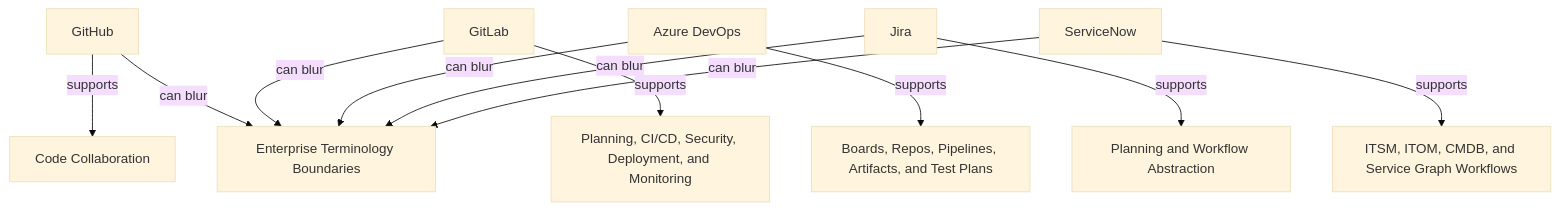
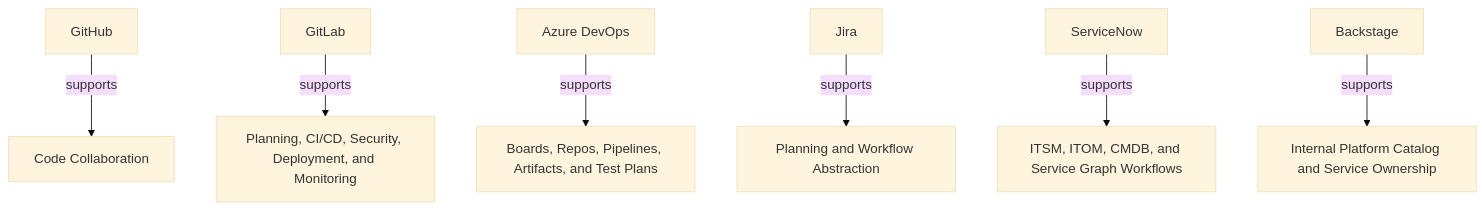
One commit to Luckden/Toolerp changed the diagram in research/10-vendors/vendor-ecosystem.md. Above: the diagram before and after it, drawn with Mermaid (base theme). The commit also changed other lines of this file and 15 other files, not shown here.

````diff
--- a/research/10-vendors/vendor-ecosystem.md
+++ b/research/10-vendors/vendor-ecosystem.md
@@ -70,25 +78,22 @@
 ```mermaid
 flowchart TD
 	github[GitHub]
 	gitlab[GitLab]
 	azure_devops[Azure DevOps]
 	jira[Jira]
 	servicenow[ServiceNow]
+	backstage[Backstage]
 	code_collaboration[Code Collaboration]
 	delivery_surface[Planning, CI/CD, Security, Deployment, and Monitoring]
 	lifecycle_tooling[Boards, Repos, Pipelines, Artifacts, and Test Plans]
 	planning_workflow[Planning and Workflow Abstraction]
 	service_graph_workflows[ITSM, ITOM, CMDB, and Service Graph Workflows]
-	enterprise_terminology[Enterprise Terminology Boundaries]
+	platform_catalog[Internal Platform Catalog and Service Ownership]
 
 	github -->|supports| code_collaboration
 	gitlab -->|supports| delivery_surface
 	azure_devops -->|supports| lifecycle_tooling
 	jira -->|supports| planning_workflow
 	servicenow -->|supports| service_graph_workflows
-	github -->|can blur| enterprise_terminology
-	gitlab -->|can blur| enterprise_terminology
-	azure_devops -->|can blur| enterprise_terminology
-	jira -->|can blur| enterprise_terminology
-	servicenow -->|can blur| enterprise_terminology
+	backstage -->|supports| platform_catalog
 ```
````
